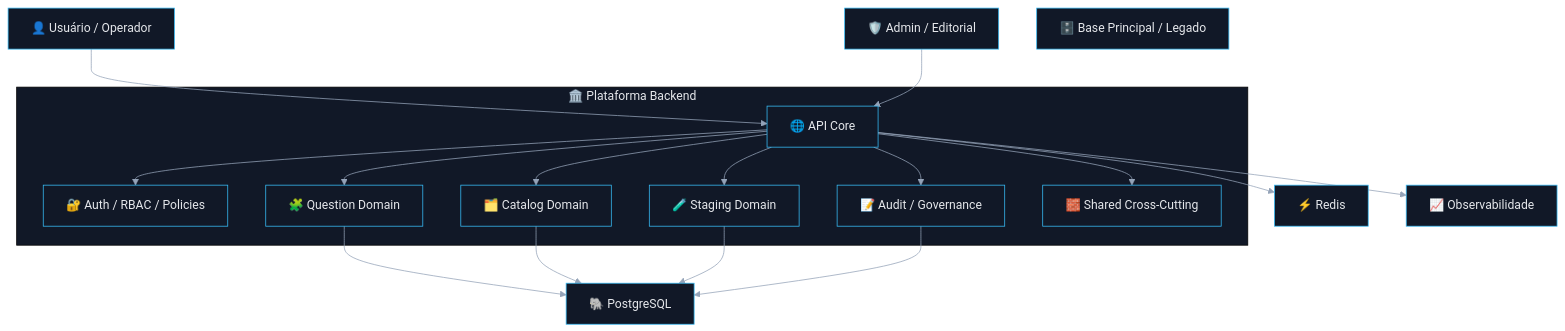
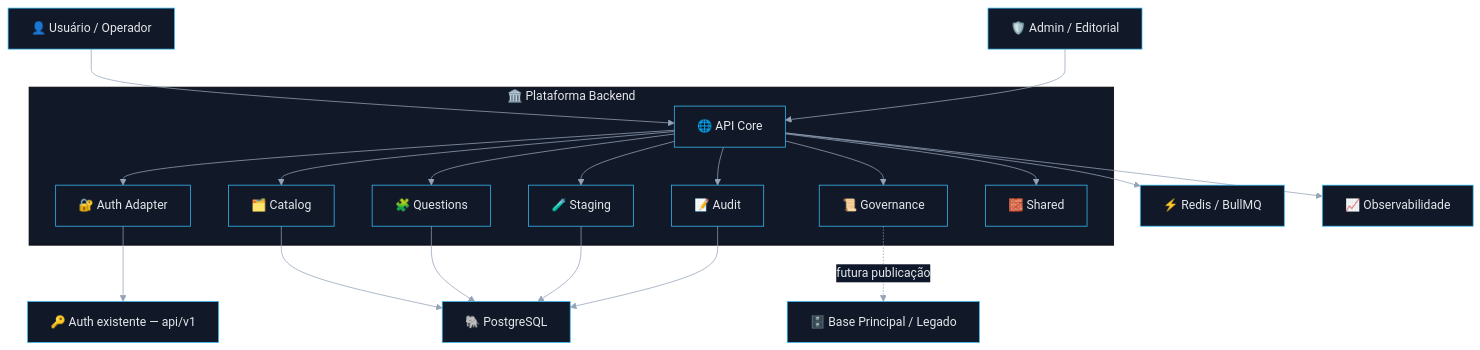
One commit to matheusdiamantino-betalent/IA changed the first of 7 diagrams in README.md. Above: the diagram before and after it, drawn with Mermaid. The commit also changed other lines of this file, not shown here.

````diff
--- a/README.md
+++ b/README.md
@@ -271,51 +322,57 @@
 ```mermaid
 %%{init: {
   "theme": "base",
   "themeVariables": {
     "background": "#0b1220",
     "primaryColor": "#111827",
     "primaryTextColor": "#e5e7eb",
     "primaryBorderColor": "#38bdf8",
     "secondaryColor": "#0f172a",
     "secondaryTextColor": "#e5e7eb",
     "tertiaryColor": "#111827",
     "tertiaryTextColor": "#e5e7eb",
     "lineColor": "#94a3b8"
   }
 }}%%
 flowchart TB
     user["👤 Usuário / Operador"]
     admin["🛡️ Admin / Editorial"]
-    extdb["🗄️ Base Principal / Legado"]
-    redis["⚡ Redis"]
+    legacyAuth["🔑 Auth existente — api/v1"]
+    redis["⚡ Redis / BullMQ"]
     postgres["🐘 PostgreSQL"]
+    legacyDb["🗄️ Base Principal / Legado"]
     obs["📈 Observabilidade"]
 
     subgraph app["🏛️ Plataforma Backend"]
         api["🌐 API Core"]
-        auth["🔐 Auth / RBAC / Policies"]
-        qdomain["🧩 Question Domain"]
-        cdomain["🗂️ Catalog Domain"]
-        sdomain["🧪 Staging Domain"]
-        adomain["📝 Audit / Governance"]
-        shared["🧱 Shared Cross-Cutting"]
+        auth["🔐 Auth Adapter"]
+        catalog["🗂️ Catalog"]
+        questions["🧩 Questions"]
+        staging["🧪 Staging"]
+        audit["📝 Audit"]
+        governance["📜 Governance"]
+        shared["🧱 Shared"]
     end
 
     user --> api
     admin --> api
+    api --> auth
+    auth --> legacyAuth
 
-    api --> auth
-    api --> qdomain
-    api --> cdomain
-    api --> sdomain
-    api --> adomain
+    api --> catalog
+    api --> questions
+    api --> staging
+    api --> audit
+    api --> governance
     api --> shared
 
-    qdomain --> postgres
-    cdomain --> postgres
-    sdomain --> postgres
-    adomain --> postgres
+    catalog --> postgres
+    questions --> postgres
+    staging --> postgres
+    audit --> postgres
 
     api --> redis
     api --> obs
+
+    governance -. futura publicação .-> legacyDb
 ```
````
